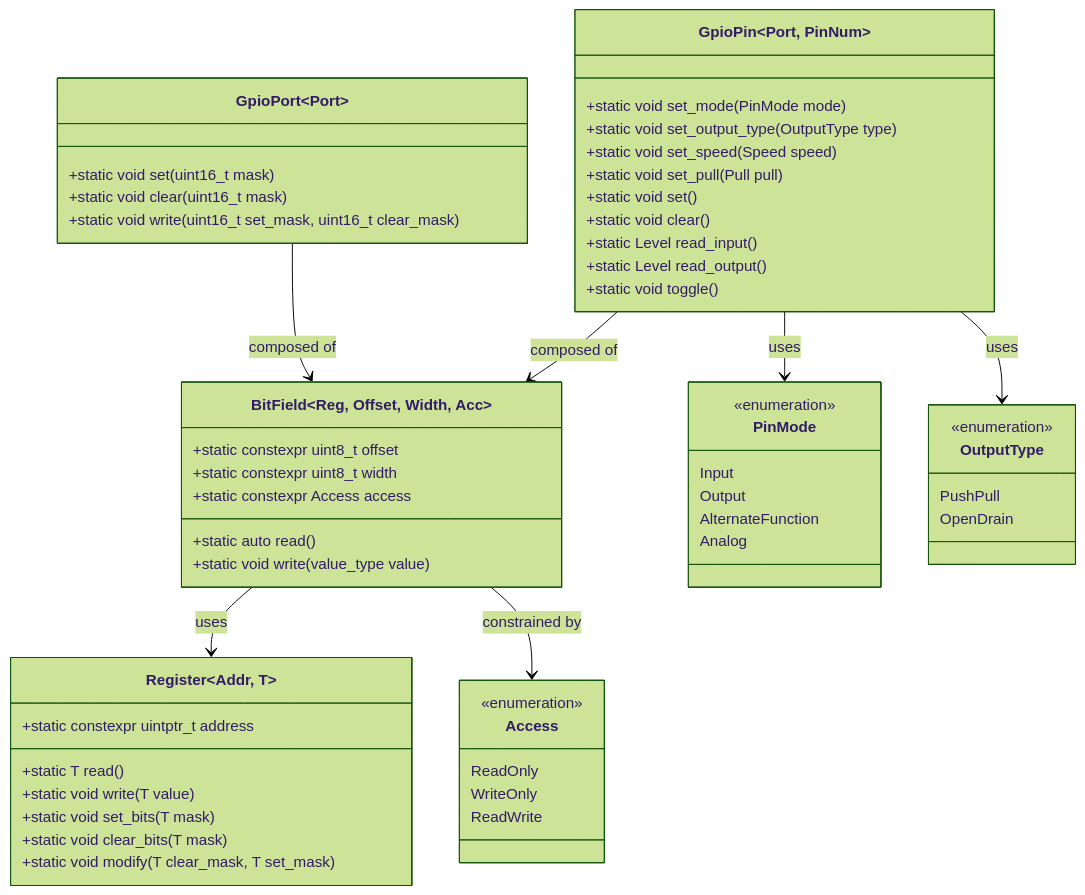
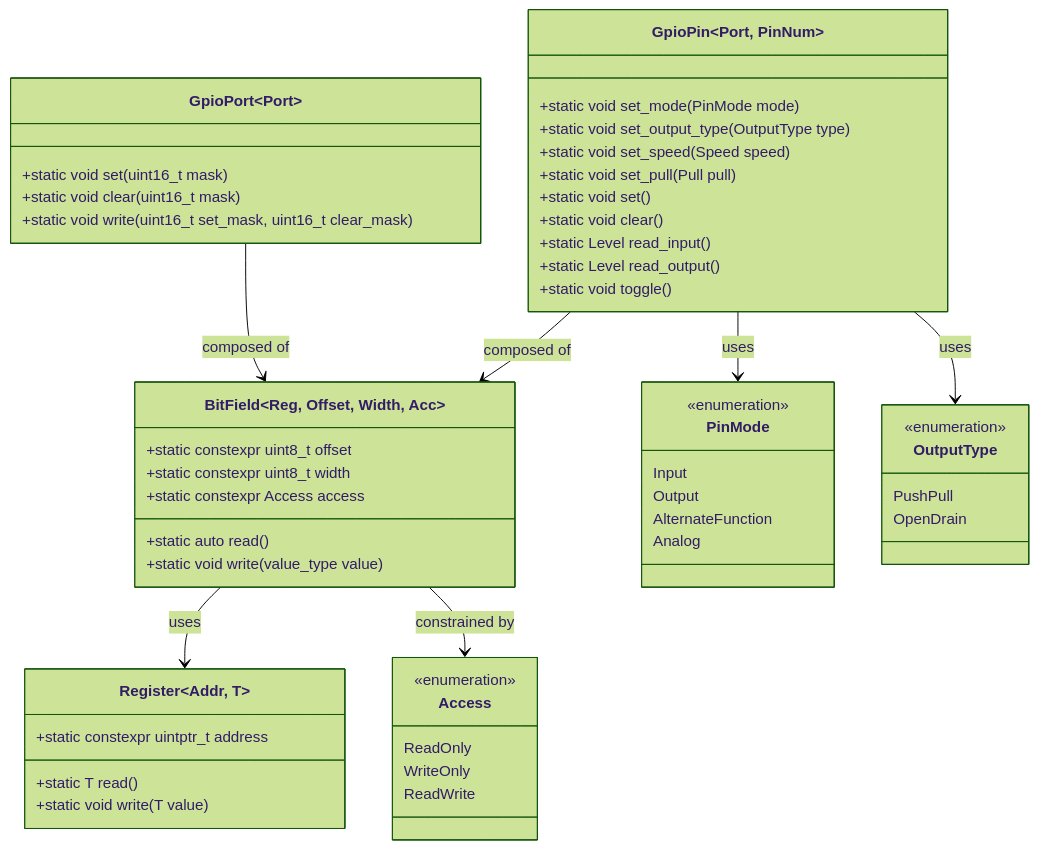
Before and after one commit to grahame-org/ohal: the second of 13 diagrams in docs/plan.md, drawn with Mermaid (forest theme). The commit also changed other lines of this file and 2 other files, not shown here.

First line of the commit message:
docs: fix third review thread — Register diagrams, host-test description, error table, OutBit write

````diff
--- a/docs/plan.md
+++ b/docs/plan.md
@@ -148,65 +148,62 @@
 ```mermaid
 classDiagram
     class Register~Addr, T~ {
         +static constexpr uintptr_t address
         +static T read()
         +static void write(T value)
-        +static void set_bits(T mask)
-        +static void clear_bits(T mask)
-        +static void modify(T clear_mask, T set_mask)
     }
 
     class BitField~Reg, Offset, Width, Acc~ {
         +static constexpr uint8_t offset
         +static constexpr uint8_t width
         +static constexpr Access access
         +static auto read()
         +static void write(value_type value)
     }
 
     class Access {
         <<enumeration>>
         ReadOnly
         WriteOnly
         ReadWrite
     }
 
     class GpioPin~Port, PinNum~ {
         +static void set_mode(PinMode mode)
         +static void set_output_type(OutputType type)
         +static void set_speed(Speed speed)
         +static void set_pull(Pull pull)
         +static void set()
         +static void clear()
         +static Level read_input()
         +static Level read_output()
         +static void toggle()
     }
 
     class GpioPort~Port~ {
         +static void set(uint16_t mask)
         +static void clear(uint16_t mask)
         +static void write(uint16_t set_mask, uint16_t clear_mask)
     }
 
     class PinMode {
         <<enumeration>>
         Input
         Output
         AlternateFunction
         Analog
     }
 
     class OutputType {
         <<enumeration>>
         PushPull
         OpenDrain
     }
 
     BitField --> Register : uses
     BitField --> Access : constrained by
     GpioPin --> BitField : composed of
     GpioPin --> PinMode : uses
     GpioPin --> OutputType : uses
     GpioPort --> BitField : composed of
 ```
````
